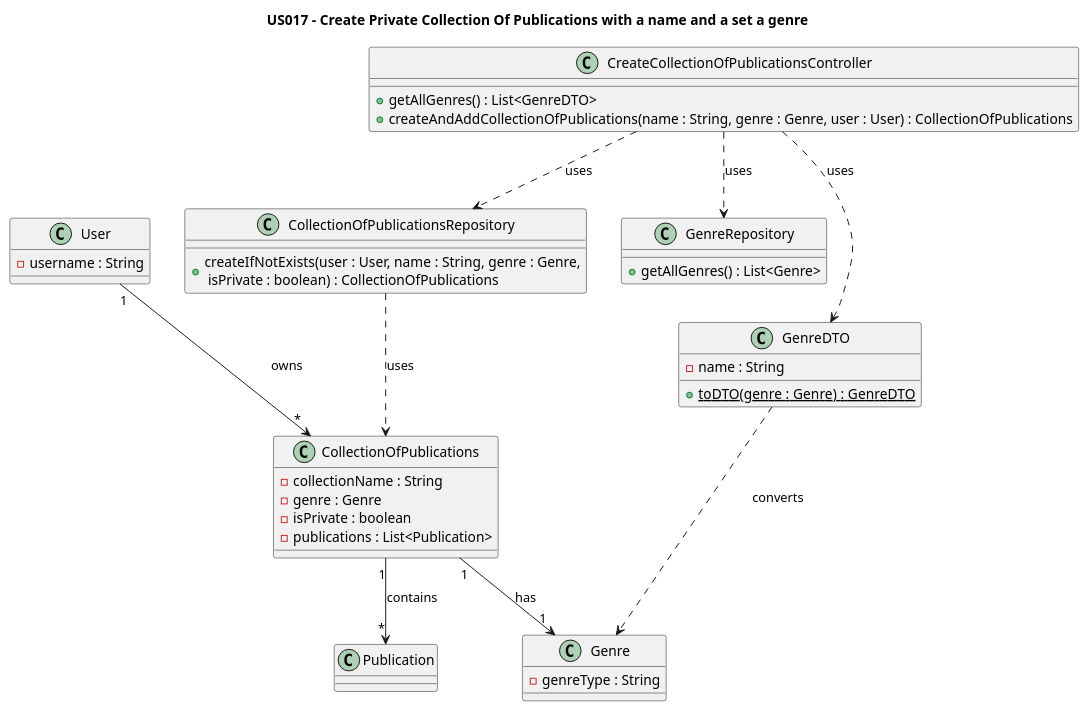
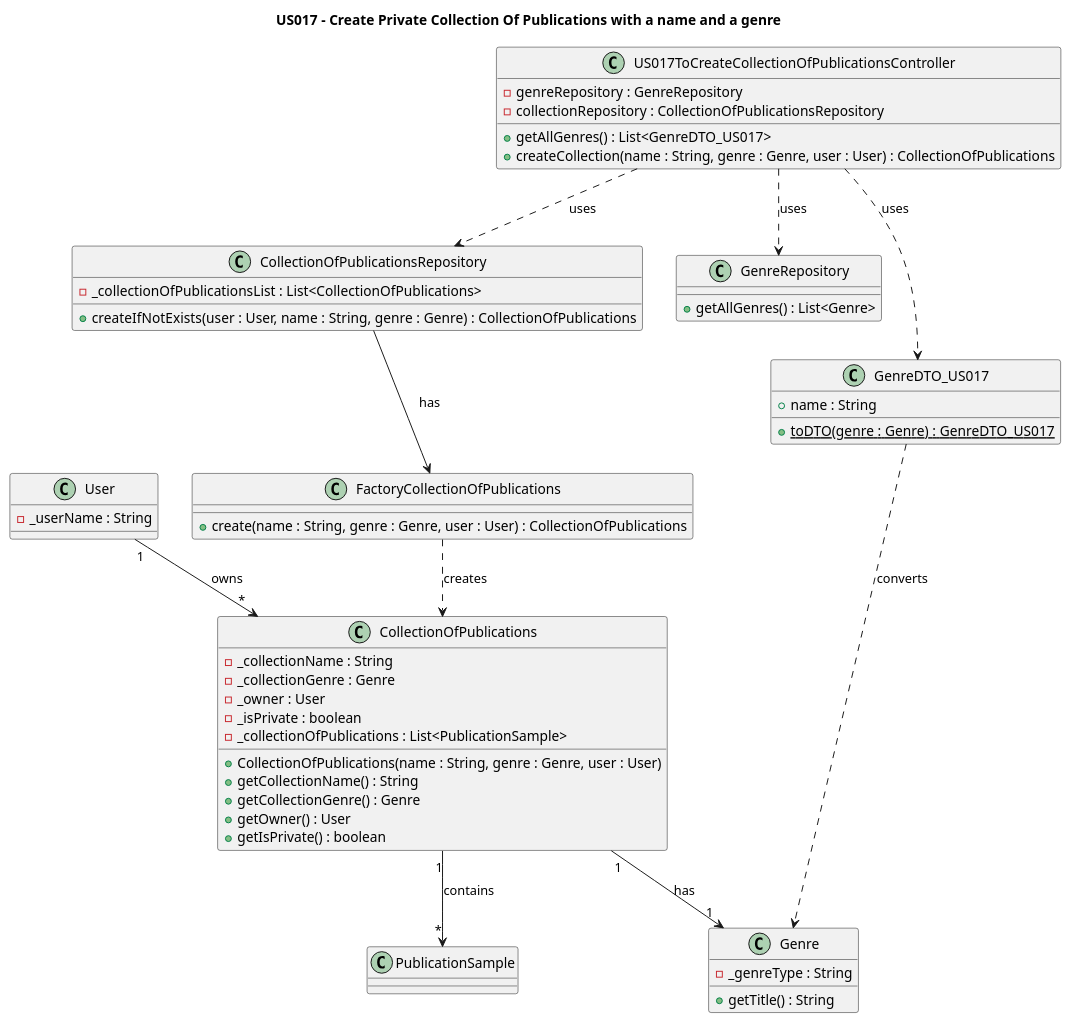
Before and after one commit to AndrePereiraGitH/SWitCH-Project-Team_A: the diagram in Diagrams/ClassDiagrams/US017-to-create-private-publication-list.puml, drawn with PlantUML. The commit also changed 7 other files, not shown here.

Commit message:
Working on #250, updated SD & CD to include FactoryCollectionOfPublications in US017 design (Closes #250)

```diff
--- a/Diagrams/ClassDiagrams/US017-to-create-private-publication-list.puml
+++ b/Diagrams/ClassDiagrams/US017-to-create-private-publication-list.puml
@@ -1,67 +1,87 @@
 @startuml
-title US017 - Create Private Collection Of Publications with a name and a set a genre
-
+title US017 - Create Private Collection Of Publications with a name and a genre
 
 ' _____________________
 ' DOMAIN
 ' _____________________
 
 class User {
-  - username : String
+  - _userName : String
 }
 
 class Genre {
-  - genreType : String
+  - _genreType : String
+  + getTitle() : String
 }
 
 class CollectionOfPublications {
-  - collectionName : String
-  - genre : Genre
-  - isPrivate : boolean
-  - publications : List<Publication>
+  - _collectionName : String
+  - _collectionGenre : Genre
+  - _owner : User
+  - _isPrivate : boolean
+  - _collectionOfPublications : List<PublicationSample>
+  + CollectionOfPublications(name : String, genre : Genre, user : User)
+  + getCollectionName() : String
+  + getCollectionGenre() : Genre
+  + getOwner() : User
+  + getIsPrivate() : boolean
 }
 
-class Publication {
+class PublicationSample {
 }
 
 User "1" --> "*" CollectionOfPublications : owns
 CollectionOfPublications "1" --> "1" Genre : has
-CollectionOfPublications "1" --> "*" Publication : contains
+CollectionOfPublications "1" --> "*" PublicationSample : contains
 
 ' ______________________
 ' APPLICATION
 ' ______________________
 
-class CreateCollectionOfPublicationsController {
-  + getAllGenres() : List<GenreDTO>
-  + createAndAddCollectionOfPublications(name : String, genre : Genre, user : User) : CollectionOfPublications
+class US017ToCreateCollectionOfPublicationsController {
+  - genreRepository : GenreRepository
+  - collectionRepository : CollectionOfPublicationsRepository
+  + getAllGenres() : List<GenreDTO_US017>
+  + createCollection(name : String, genre : Genre, user : User) : CollectionOfPublications
 }
 
-class GenreDTO {
-  - name : String
-  + {static} toDTO(genre : Genre) : GenreDTO
+class GenreDTO_US017 {
+  + name : String
+  + {static} toDTO(genre : Genre) : GenreDTO_US017
 }
 
 ' ___________________
 ' PERSISTENCE
 ' ___________________
 
 class GenreRepository {
   + getAllGenres() : List<Genre>
 }
 
 class CollectionOfPublicationsRepository {
-  + createIfNotExists(user : User, name : String, genre : Genre,\n isPrivate : boolean) : CollectionOfPublications
+  - _collectionOfPublicationsList : List<CollectionOfPublications>
+  + createIfNotExists(user : User, name : String, genre : Genre) : CollectionOfPublications
+}
+
+' ___________________
+' FACTORY
+' ___________________
+
+class FactoryCollectionOfPublications {
+  + create(name : String, genre : Genre, user : User) : CollectionOfPublications
 }
 
 ' _____________________
 ' DEPENDENCIES
-' ____________________
+' _____________________
 
-CreateCollectionOfPublicationsController ..> GenreRepository : uses
-CreateCollectionOfPublicationsController ..> GenreDTO : uses
-CreateCollectionOfPublicationsController ..> CollectionOfPublicationsRepository : uses
-CollectionOfPublicationsRepository ..> CollectionOfPublications : uses
-GenreDTO ..> Genre : converts
+US017ToCreateCollectionOfPublicationsController ..> GenreRepository : uses
+US017ToCreateCollectionOfPublicationsController ..> GenreDTO_US017 : uses
+US017ToCreateCollectionOfPublicationsController ..> CollectionOfPublicationsRepository : uses
+
+CollectionOfPublicationsRepository --> FactoryCollectionOfPublications : has
+FactoryCollectionOfPublications ..> CollectionOfPublications : creates
+
+GenreDTO_US017 ..> Genre : converts
 
 @enduml
```
